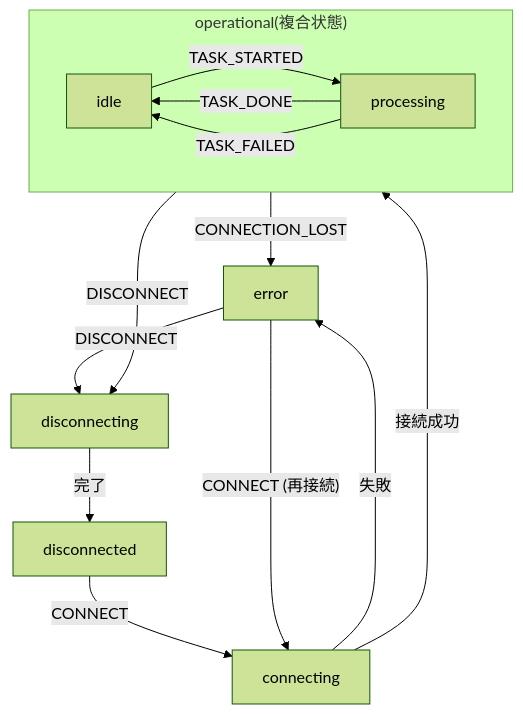
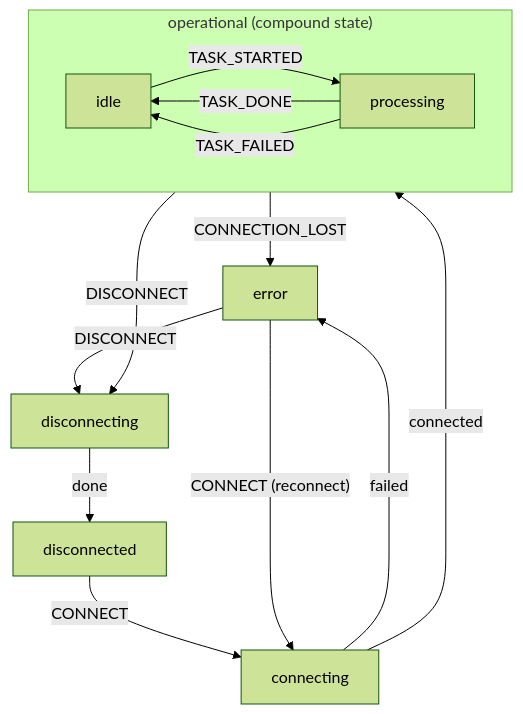
Before and after one commit to uraitakahito/browserhive: the fourth of 7 diagrams in docs-site/src/content/docs/architecture.mdx, drawn with Mermaid (forest theme). The commit also changed other lines of this file and 17 other files, not shown here.

````diff
--- a/docs-site/src/content/docs/architecture.mdx
+++ b/docs-site/src/content/docs/architecture.mdx
@@ -134,16 +143,16 @@
 ```mermaid
 flowchart TD
   disconnected -->|CONNECT| connecting
-  connecting -->|接続成功| operational
-  connecting -->|失敗| error
-  subgraph operational["operational(複合状態)"]
+  connecting -->|connected| operational
+  connecting -->|failed| error
+  subgraph operational["operational (compound state)"]
     idle -->|TASK_STARTED| processing
     processing -->|TASK_DONE| idle
     processing -->|TASK_FAILED| idle
   end
   operational -->|CONNECTION_LOST| error
   operational -->|DISCONNECT| disconnecting
-  error -->|"CONNECT (再接続)"| connecting
+  error -->|"CONNECT (reconnect)"| connecting
   error -->|DISCONNECT| disconnecting
-  disconnecting -->|完了| disconnected
+  disconnecting -->|done| disconnected
 ```
````
